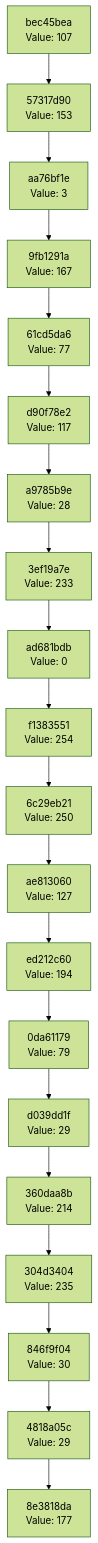
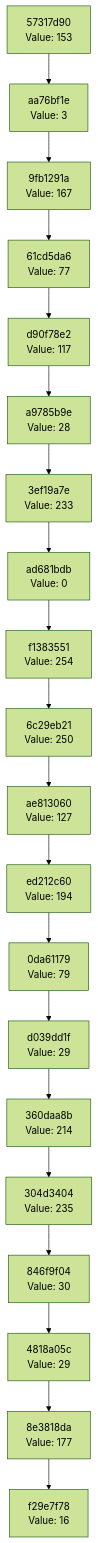
Before and after one commit to Abhisheksinha1506/hash-chain-evolver: the diagram in docs/CHAIN_VISUALIZATION.md, drawn with Mermaid (forest theme). The commit also changed 3 other files, not shown here.

````diff
--- a/docs/CHAIN_VISUALIZATION.md
+++ b/docs/CHAIN_VISUALIZATION.md
@@ -3,42 +3,42 @@
 ```mermaid
 graph TD
-    C0["8e3818da<br/>Value: 177"]
-    C1["4818a05c<br/>Value: 29"]
+    C0["f29e7f78<br/>Value: 16"]
+    C1["8e3818da<br/>Value: 177"]
     C1 --> C0
-    C2["846f9f04<br/>Value: 30"]
+    C2["4818a05c<br/>Value: 29"]
     C2 --> C1
-    C3["304d3404<br/>Value: 235"]
+    C3["846f9f04<br/>Value: 30"]
     C3 --> C2
-    C4["360daa8b<br/>Value: 214"]
+    C4["304d3404<br/>Value: 235"]
     C4 --> C3
-    C5["d039dd1f<br/>Value: 29"]
+    C5["360daa8b<br/>Value: 214"]
     C5 --> C4
-    C6["0da61179<br/>Value: 79"]
+    C6["d039dd1f<br/>Value: 29"]
     C6 --> C5
-    C7["ed212c60<br/>Value: 194"]
+    C7["0da61179<br/>Value: 79"]
     C7 --> C6
-    C8["ae813060<br/>Value: 127"]
+    C8["ed212c60<br/>Value: 194"]
     C8 --> C7
-    C9["6c29eb21<br/>Value: 250"]
+    C9["ae813060<br/>Value: 127"]
     C9 --> C8
-    C10["f1383551<br/>Value: 254"]
+    C10["6c29eb21<br/>Value: 250"]
     C10 --> C9
-    C11["ad681bdb<br/>Value: 0"]
+    C11["f1383551<br/>Value: 254"]
     C11 --> C10
-    C12["3ef19a7e<br/>Value: 233"]
+    C12["ad681bdb<br/>Value: 0"]
     C12 --> C11
-    C13["a9785b9e<br/>Value: 28"]
+    C13["3ef19a7e<br/>Value: 233"]
     C13 --> C12
-    C14["d90f78e2<br/>Value: 117"]
+    C14["a9785b9e<br/>Value: 28"]
     C14 --> C13
-    C15["61cd5da6<br/>Value: 77"]
+    C15["d90f78e2<br/>Value: 117"]
     C15 --> C14
-    C16["9fb1291a<br/>Value: 167"]
+    C16["61cd5da6<br/>Value: 77"]
     C16 --> C15
-    C17["aa76bf1e<br/>Value: 3"]
+    C17["9fb1291a<br/>Value: 167"]
     C17 --> C16
-    C18["57317d90<br/>Value: 153"]
+    C18["aa76bf1e<br/>Value: 3"]
     C18 --> C17
-    C19["bec45bea<br/>Value: 107"]
+    C19["57317d90<br/>Value: 153"]
     C19 --> C18
 ```
````
